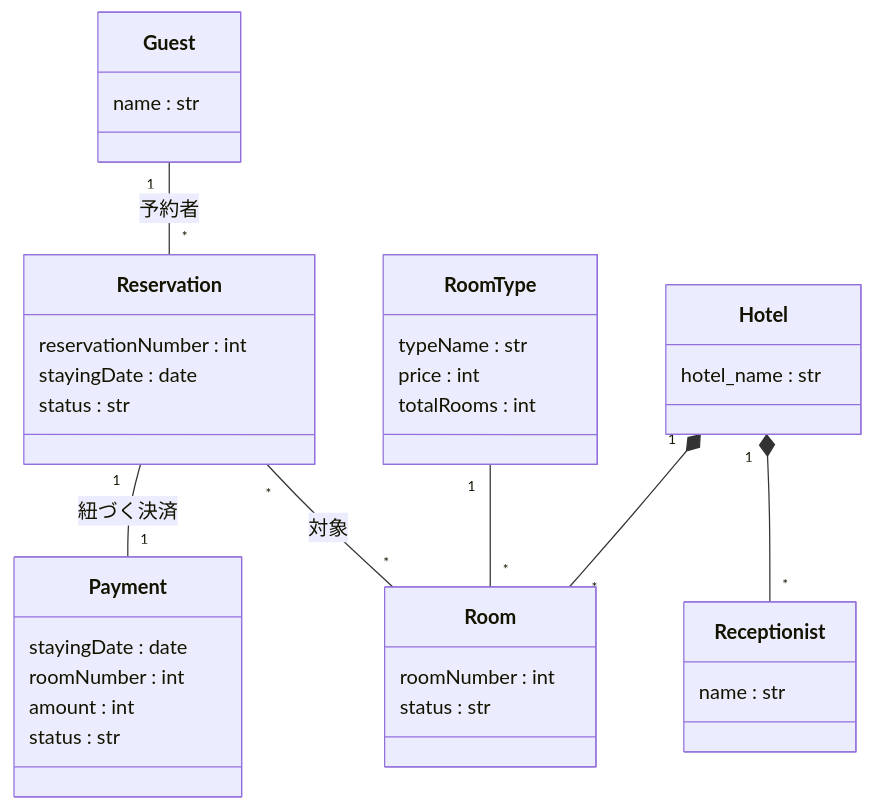
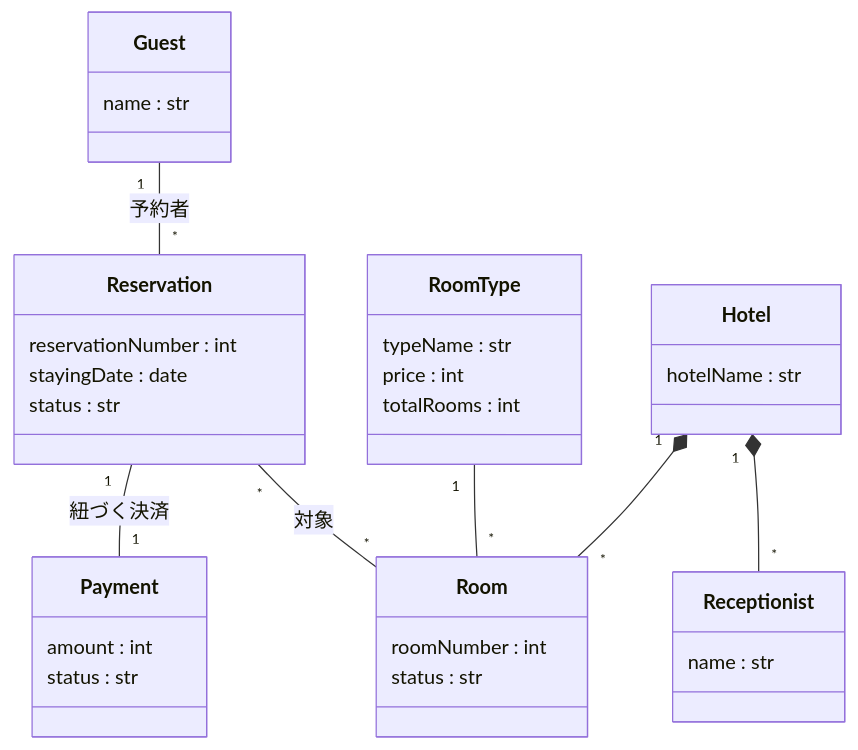
Before and after one commit to Kohki-tyl/HRS: the first of 2 diagrams in Domain_Analysis.md, drawn with Mermaid. The commit also changed other lines of this file, not shown here.

First line of the commit message:
Refactor Hotel and Payment class attributes

````diff
--- a/Domain_Analysis.md
+++ b/Domain_Analysis.md
@@ -20,38 +20,36 @@
 ```mermaid
 classDiagram
     class Guest {
         name : str
     }
     class Reservation {
         reservationNumber : int
         stayingDate : date
         status : str
     }
     class Hotel {
-        hotel_name : str
+        hotelName : str
     }
     class RoomType {
         typeName : str
         price : int
         totalRooms : int
     }
     class Room {
         roomNumber : int
         status : str
     }
     class Receptionist{
         name : str
     }
     class Payment {
-        stayingDate : date
-        roomNumber : int
         amount : int
         status : str
     }
     Hotel "1" *-- "*" Room : 
     Hotel "1" *-- "*" Receptionist : 
     RoomType "1" -- "*" Room : 
     Guest "1" -- "*" Reservation : 予約者
     Reservation "*" -- "*" Room : 対象
     Reservation "1" -- "1" Payment : 紐づく決済
 ```
````
